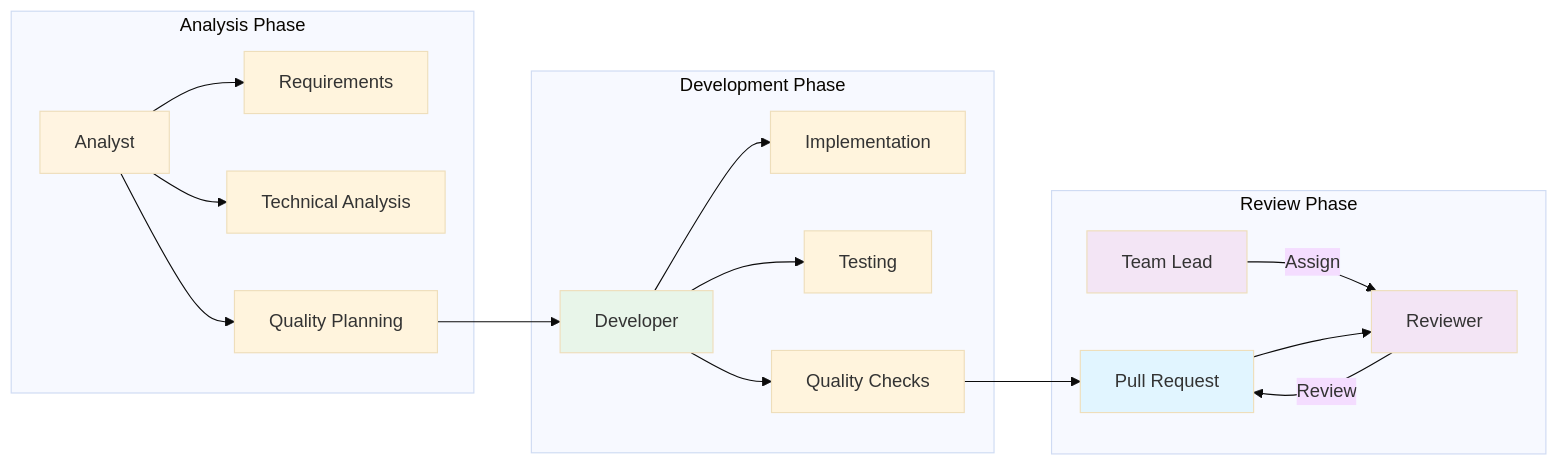
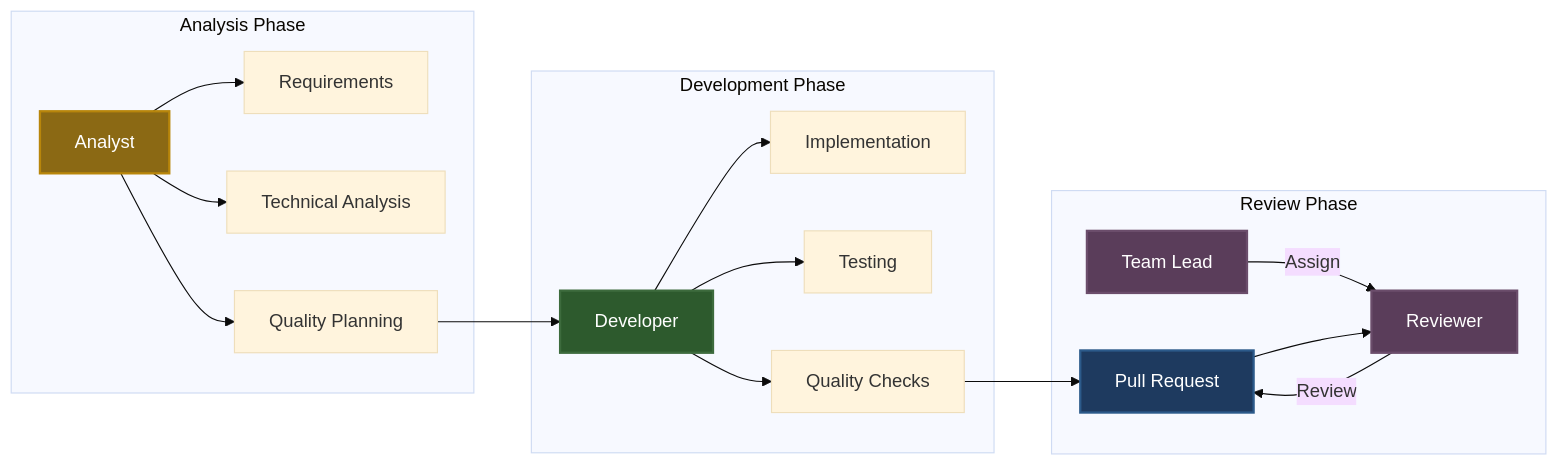
Before and after one commit to sovavibe/start: the third of 10 diagrams in docs/development/SDLC.md, drawn with Mermaid (base theme). The commit also changed other lines of this file and 37 other files, not shown here.

````diff
--- a/docs/development/SDLC.md
+++ b/docs/development/SDLC.md
@@ -612,39 +612,39 @@
 ```mermaid
 graph LR
     subgraph "Analysis Phase"
         A[Analyst]
         A1[Requirements]
         A2[Technical Analysis]
         A3[Quality Planning]
         A --> A1
         A --> A2
         A --> A3
     end
     
     subgraph "Development Phase"
         D[Developer]
         D1[Implementation]
         D2[Testing]
         D3[Quality Checks]
         D --> D1
         D --> D2
         D --> D3
     end
     
     subgraph "Review Phase"
         TL[Team Lead]
         R[Reviewer]
         TL -->|Assign| R
         R -->|Review| PR[Pull Request]
     end
     
     A3 --> D
     D3 --> PR
     PR --> R
     
-    style A fill:#fff4e1
-    style D fill:#e8f5e9
-    style TL fill:#f3e5f5
-    style R fill:#f3e5f5
-    style PR fill:#e1f5ff
+    style A fill:#8b6914,stroke:#b8860b,stroke-width:2px,color:#fff
+    style D fill:#2d5a2d,stroke:#3d6b3d,stroke-width:2px,color:#fff
+    style TL fill:#5a3d5a,stroke:#6b4d6b,stroke-width:2px,color:#fff
+    style R fill:#5a3d5a,stroke:#6b4d6b,stroke-width:2px,color:#fff
+    style PR fill:#1e3a5f,stroke:#2c5a8a,stroke-width:2px,color:#fff
 ```
````
